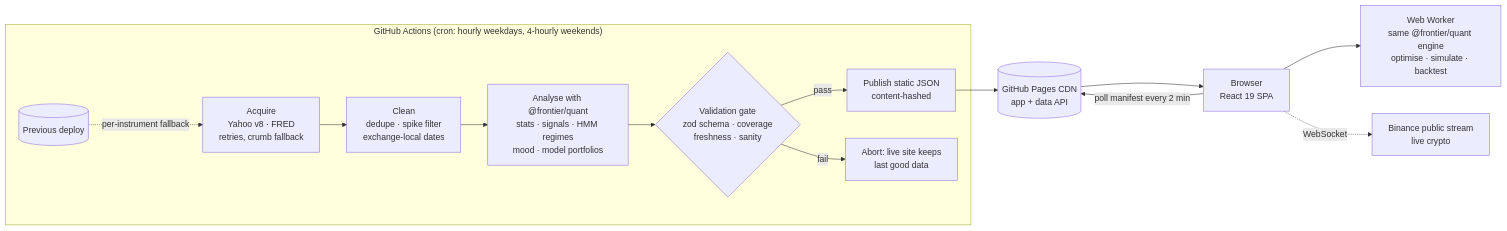
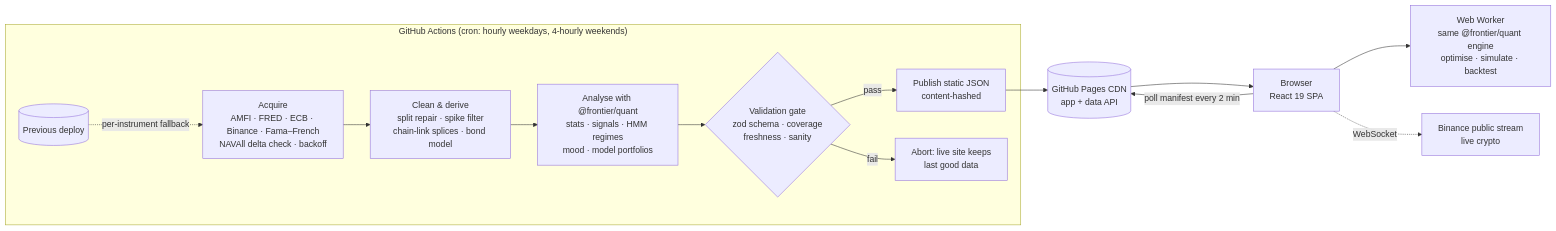
The diagram in README.md (Bhang-ux/frontier-portfolio), drawn with Mermaid before and after one commit. The commit also changed other lines of this file and 4 other files, not shown here.

````diff
--- a/README.md
+++ b/README.md
@@ -51,16 +51,16 @@
 ```mermaid
 flowchart LR
   subgraph GH["GitHub Actions (cron: hourly weekdays, 4-hourly weekends)"]
-    A[Acquire<br/>Yahoo v8 · FRED<br/>retries, crumb fallback] --> B[Clean<br/>dedupe · spike filter<br/>exchange-local dates]
+    A[Acquire<br/>AMFI · FRED · ECB · Binance · Fama–French<br/>NAVAll delta check · backoff] --> B[Clean & derive<br/>split repair · spike filter<br/>chain-link splices · bond model]
     B --> C[Analyse with @frontier/quant<br/>stats · signals · HMM regimes<br/>mood · model portfolios]
     C --> D{Validation gate<br/>zod schema · coverage<br/>freshness · sanity}
     D -- pass --> E[Publish static JSON<br/>content-hashed]
     D -- fail --> X[Abort: live site keeps<br/>last good data]
     P[(Previous deploy)] -. per-instrument fallback .-> A
   end
   E --> F[(GitHub Pages CDN<br/>app + data API)]
   F --> G[Browser<br/>React 19 SPA]
   G -->|poll manifest every 2 min| F
   G --> W[Web Worker<br/>same @frontier/quant engine<br/>optimise · simulate · backtest]
   G -. WebSocket .-> L[Binance public stream<br/>live crypto]
 ```
````
